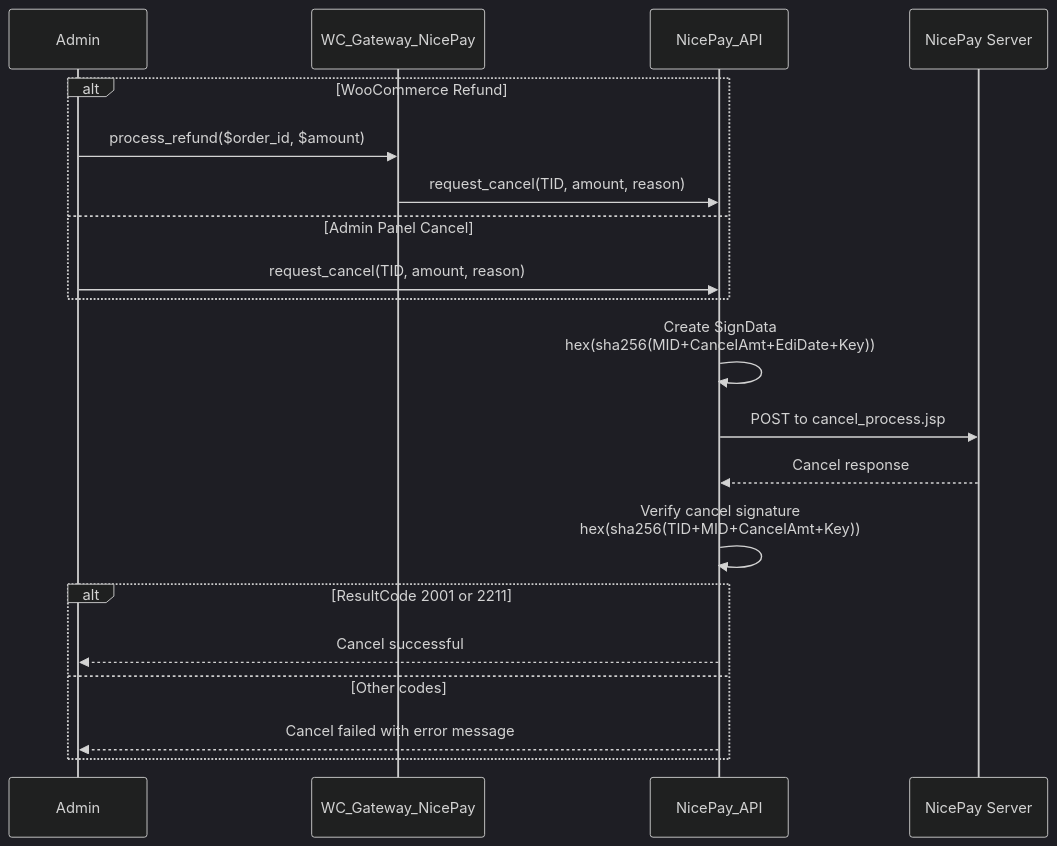
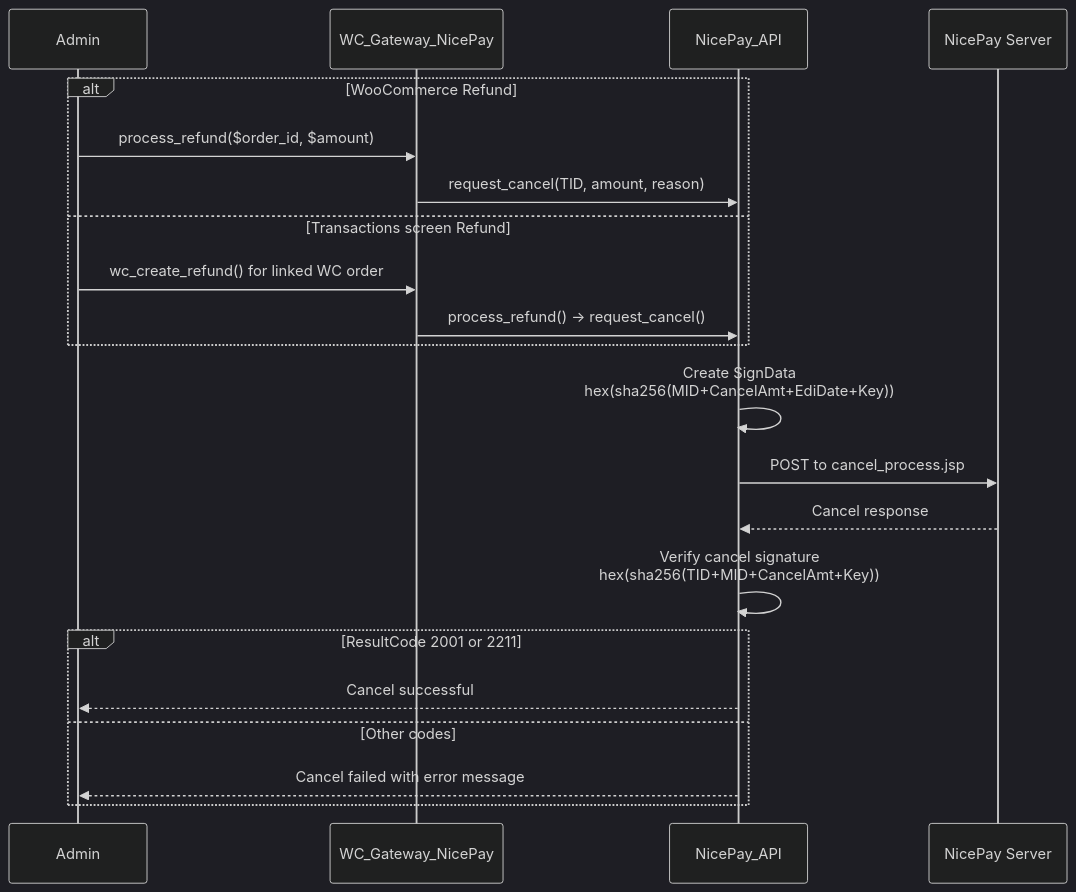
Before and after one commit to cemililik/nicepay-paymentgateway-wordpress-plugin: the fifth of 9 diagrams in docs/ARCHITECTURE.md, drawn with Mermaid (dark theme). The commit also changed other lines of this file and 109 other files, not shown here.

````diff
--- a/docs/ARCHITECTURE.md
+++ b/docs/ARCHITECTURE.md
@@ -244,25 +253,26 @@
 ```mermaid
 sequenceDiagram
     participant Admin
     participant G as WC_Gateway_NicePay
     participant API as NicePay_API
     participant NP as NicePay Server
 
     alt WooCommerce Refund
         Admin->>G: process_refund($order_id, $amount)
         G->>API: request_cancel(TID, amount, reason)
-    else Admin Panel Cancel
-        Admin->>API: request_cancel(TID, amount, reason)
+    else Transactions screen Refund
+        Admin->>G: wc_create_refund() for linked WC order
+        G->>API: process_refund() -> request_cancel()
     end
 
     API->>API: Create SignData<br/>hex(sha256(MID+CancelAmt+EdiDate+Key))
     API->>NP: POST to cancel_process.jsp
     NP-->>API: Cancel response
     API->>API: Verify cancel signature<br/>hex(sha256(TID+MID+CancelAmt+Key))
 
     alt ResultCode 2001 or 2211
         API-->>Admin: Cancel successful
     else Other codes
         API-->>Admin: Cancel failed with error message
     end
 ```
````
